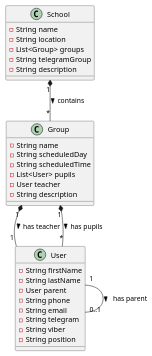
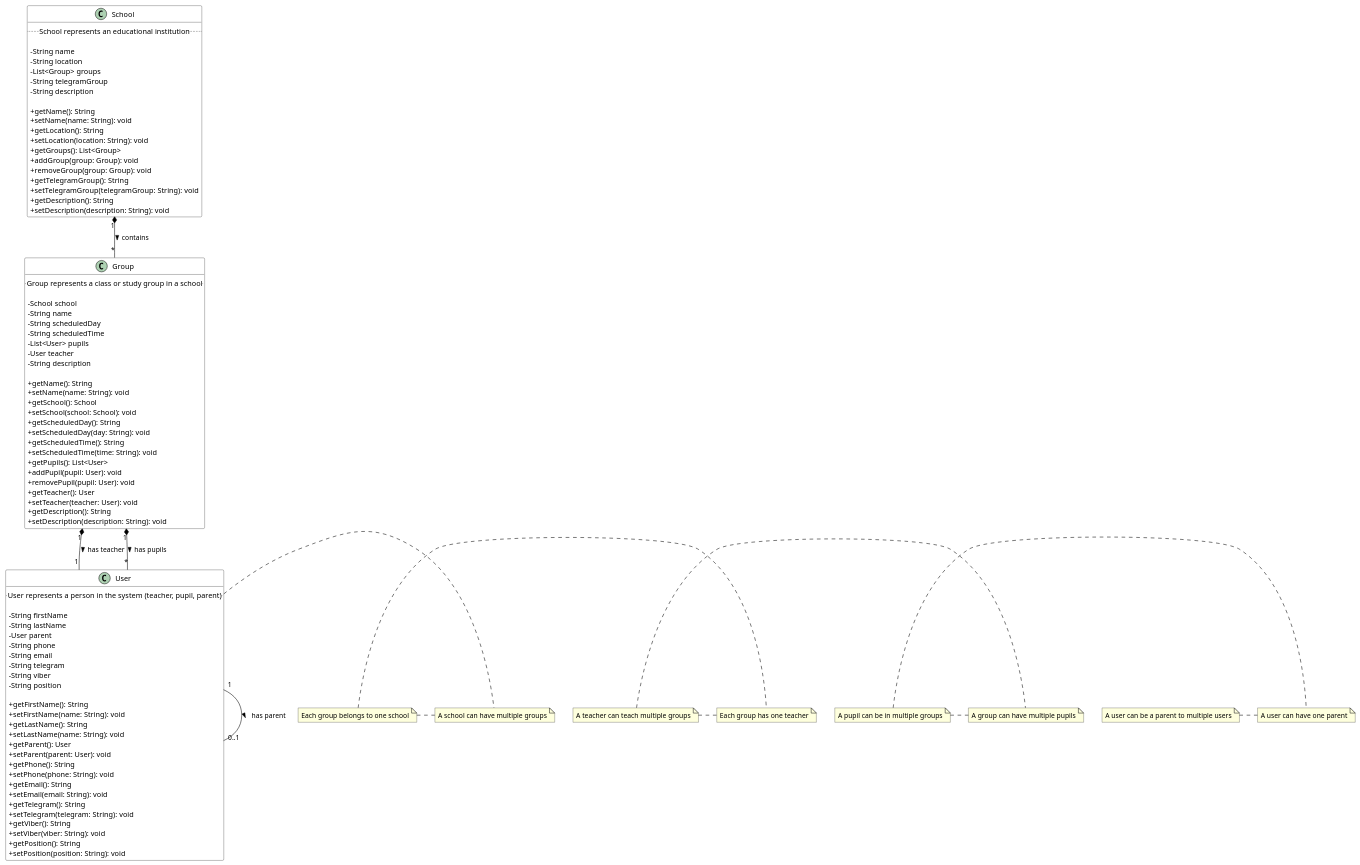
The diagram in school.puml (nick-barban/roboroxtestbot), drawn with PlantUML before and after one commit. The commit also changed 1 other file, not shown here.

Commit message:
[RRTB-10] Improve UML diagram with access methods and documentation (#20)
* RRTB-10: Improve UML diagram with access methods and documentation

* [RRTB-10] replace link to groups from School and add link to School from Group

* RRTB-10: Update UML diagram with improved documentation and organization

---------

```diff
--- a/school.puml
+++ b/school.puml
@@ -1,36 +1,118 @@
 @startuml School Structure
 
+' Style settings
+skinparam classAttributeIconSize 0
+skinparam class {
+    BackgroundColor White
+    ArrowColor Black
+    BorderColor Black
+}
+
+' Class definitions with documentation
 class School {
+    ' Documentation
+    .. School represents an educational institution ..
+    
+    ' Attributes
     - String name
     - String location
     - List<Group> groups
     - String telegramGroup
     - String description
+    
+    ' Methods
+    + getName(): String
+    + setName(name: String): void
+    + getLocation(): String
+    + setLocation(location: String): void
+    + getGroups(): List<Group>
+    + addGroup(group: Group): void
+    + removeGroup(group: Group): void
+    + getTelegramGroup(): String
+    + setTelegramGroup(telegramGroup: String): void
+    + getDescription(): String
+    + setDescription(description: String): void
 }
 
 class Group {
+    ' Documentation
+    .. Group represents a class or study group in a school ..
+    
+    ' Attributes
+    - School school
     - String name
     - String scheduledDay
     - String scheduledTime
     - List<User> pupils
     - User teacher
     - String description
+    
+    ' Methods
+    + getName(): String
+    + setName(name: String): void
+    + getSchool(): School
+    + setSchool(school: School): void
+    + getScheduledDay(): String
+    + setScheduledDay(day: String): void
+    + getScheduledTime(): String
+    + setScheduledTime(time: String): void
+    + getPupils(): List<User>
+    + addPupil(pupil: User): void
+    + removePupil(pupil: User): void
+    + getTeacher(): User
+    + setTeacher(teacher: User): void
+    + getDescription(): String
+    + setDescription(description: String): void
 }
 
 class User {
+    ' Documentation
+    .. User represents a person in the system (teacher, pupil, parent) ..
+    
+    ' Attributes
     - String firstName
     - String lastName
     - User parent
     - String phone
     - String email
     - String telegram
     - String viber
     - String position
+    
+    ' Methods
+    + getFirstName(): String
+    + setFirstName(name: String): void
+    + getLastName(): String
+    + setLastName(name: String): void
+    + getParent(): User
+    + setParent(parent: User): void
+    + getPhone(): String
+    + setPhone(phone: String): void
+    + getEmail(): String
+    + setEmail(email: String): void
+    + getTelegram(): String
+    + setTelegram(telegram: String): void
+    + getViber(): String
+    + setViber(viber: String): void
+    + getPosition(): String
+    + setPosition(position: String): void
 }
 
+' Relationships with documentation
 School "1" *-- "*" Group : contains >
+note right: A school can have multiple groups
+note left: Each group belongs to one school
+
 Group "1" *-- "1" User : has teacher >
+note right: Each group has one teacher
+note left: A teacher can teach multiple groups
+
 Group "1" *-- "*" User : has pupils >
+note right: A group can have multiple pupils
+note left: A pupil can be in multiple groups
+
 User "1" -- "0..1" User : has parent >
+note right: A user can have one parent
+note left: A user can be a parent to multiple users
 
 @enduml 
```
